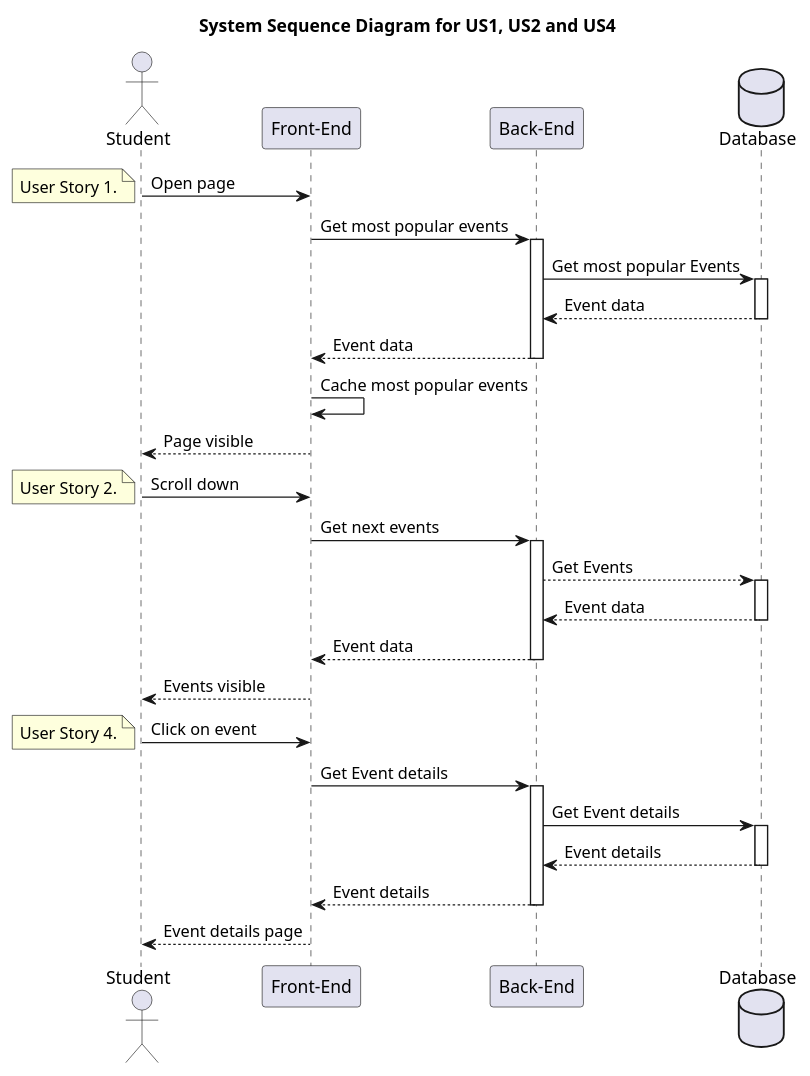
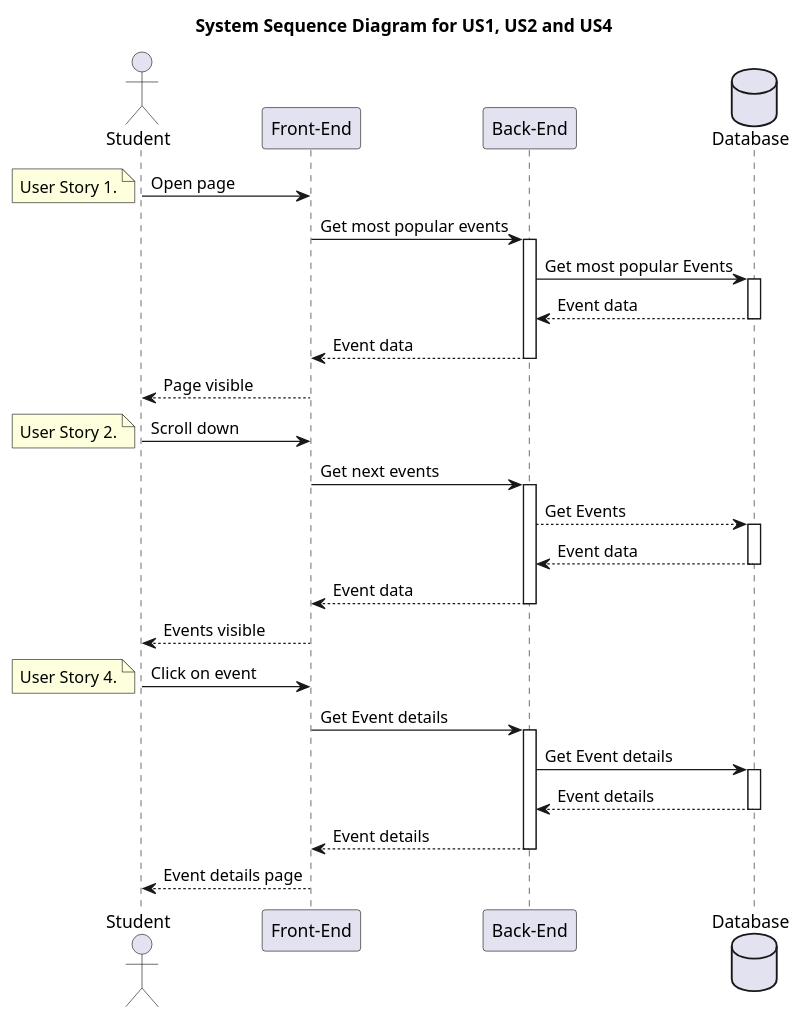
Before and after one commit to oscarboe/Studieforeningskalender_Front_end: the diagram in SystemSekvensUS1US2US4.puml, drawn with PlantUML. The commit also changed 70 other files, not shown here.

```diff
--- a/SystemSekvensUS1US2US4.puml
+++ b/SystemSekvensUS1US2US4.puml
@@ -1,57 +1,56 @@
 @startuml "System sequence diagram for US1 and US2"
 title System Sequence Diagram for US1, US2 and US4
 actor Student as User
 participant "Front-End" as FrontEnd 
 participant "Back-End"  as BackEnd
 database Database
 User -> FrontEnd: Open page
 note left
   User Story 1.
 end note
 
 FrontEnd -> BackEnd: Get most popular events
 activate BackEnd
 BackEnd -> Database: Get most popular Events
 activate Database
 Database --> BackEnd: Event data
 deactivate Database
 
 BackEnd --> FrontEnd: Event data
 
 deactivate BackEnd
-FrontEnd -> FrontEnd: Cache most popular events
 FrontEnd --> User: Page visible
 
 
 User -> FrontEnd: Scroll down
 note left
   User Story 2.
 end note
 FrontEnd -> BackEnd: Get next events
 activate BackEnd
 BackEnd --> Database: Get Events
 activate Database
 
 Database --> BackEnd: Event data
 
 deactivate Database
 
 BackEnd --> FrontEnd: Event data
 deactivate BackEnd
 FrontEnd --> User: Events visible
 
 User -> FrontEnd: Click on event
 note left
   User Story 4.
 end note
 FrontEnd -> BackEnd: Get Event details
 activate BackEnd
 BackEnd -> Database: Get Event details
 activate Database
 Database --> BackEnd: Event details
 deactivate Database
 BackEnd --> FrontEnd: Event details
 deactivate BackEnd
 FrontEnd --> User: Event details page
 
 @enduml
```
